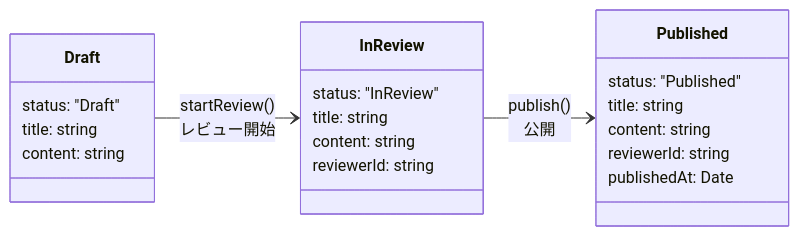
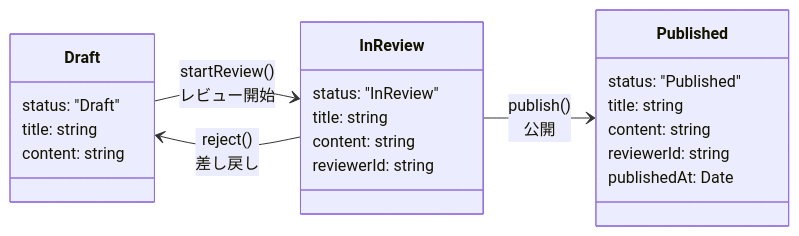
The diagram in packages/domain-event/README.md (iwasa-kosui/til), drawn with Mermaid before and after one commit. The commit also changed other lines of this file and 7 other files, not shown here.

````diff
--- a/packages/domain-event/README.md
+++ b/packages/domain-event/README.md
@@ -40,28 +40,29 @@
 ```mermaid
 classDiagram
     direction LR
 
     class Draft["Draft"] {
       status: "Draft"
       title: string
       content: string
     }
 
     class InReview["InReview"] {
       status: "InReview"
       title: string
       content: string
       reviewerId: string
     }
 
     class Published["Published"] {
       status: "Published"
       title: string
       content: string
       reviewerId: string
       publishedAt: Date
     }
 
     Draft --> InReview : startReview() <br> レビュー開始
     InReview --> Published : publish() <br> 公開
+    InReview --> Draft: reject() <br> 差し戻し
 ```
````
